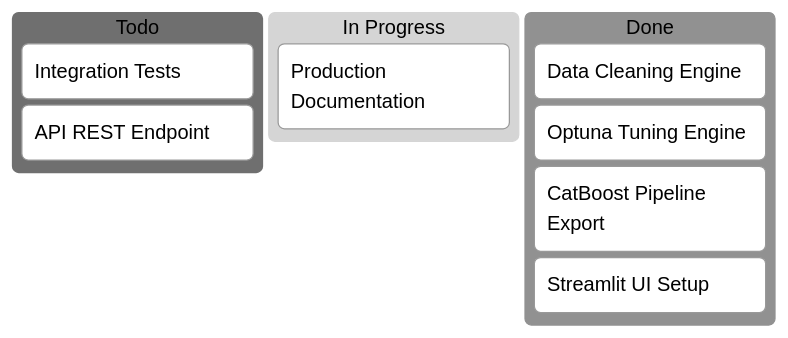
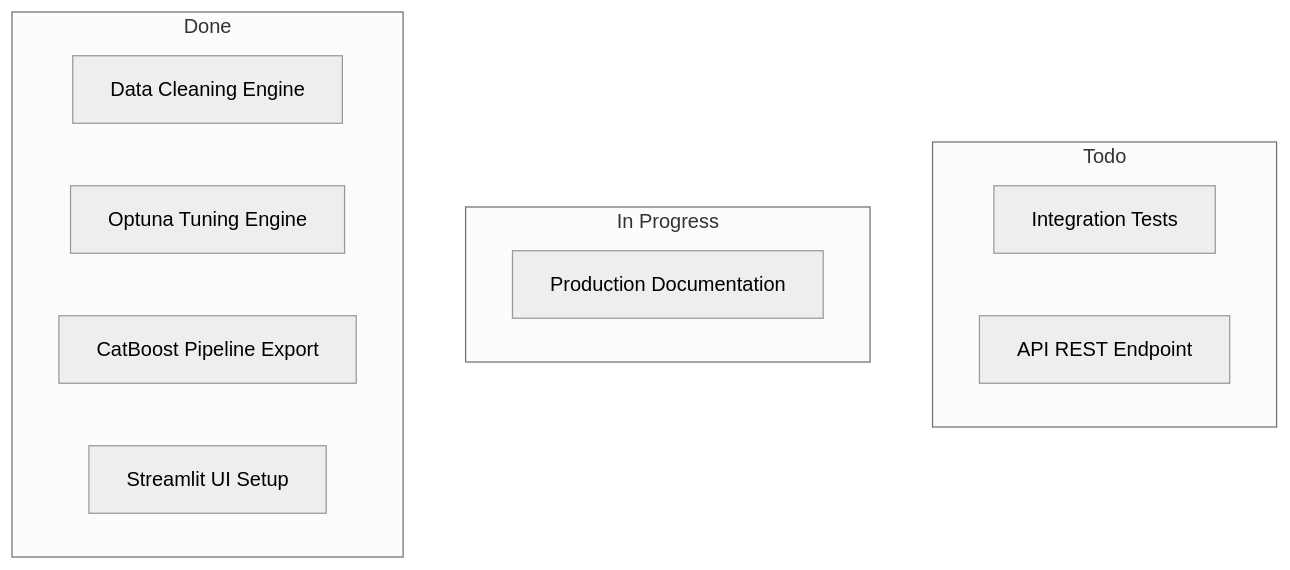
Diagram 22 of 30 in README.md (Garima09-work/workplace-mental-health-predictor), drawn with Mermaid (neutral theme) before and after one commit. The commit also changed other lines of this file, not shown here.

````diff
--- a/README.md
+++ b/README.md
@@ -674,13 +798,16 @@
 ```mermaid
-kanban
-  Todo
-    [Integration Tests]
-    [API REST Endpoint]
-  In Progress
-    [Production Documentation]
-  Done
-    [Data Cleaning Engine]
-    [Optuna Tuning Engine]
-    [CatBoost Pipeline Export]
-    [Streamlit UI Setup]
+flowchart TD
+    subgraph Todo
+        T1["Integration Tests"]
+        T2["API REST Endpoint"]
+    end
+    subgraph In Progress
+        P1["Production Documentation"]
+    end
+    subgraph Done
+        D1["Data Cleaning Engine"]
+        D2["Optuna Tuning Engine"]
+        D3["CatBoost Pipeline Export"]
+        D4["Streamlit UI Setup"]
+    end
 ```
````
